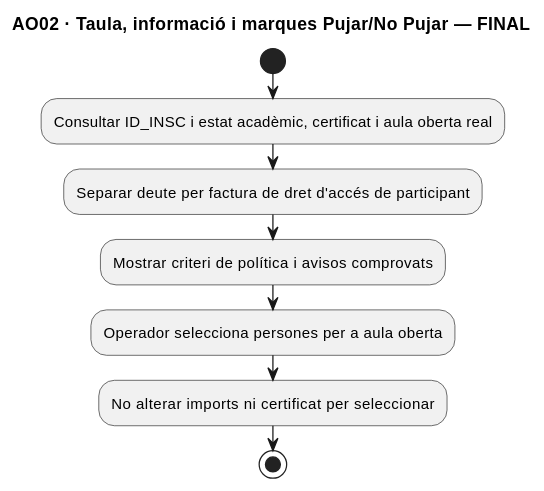
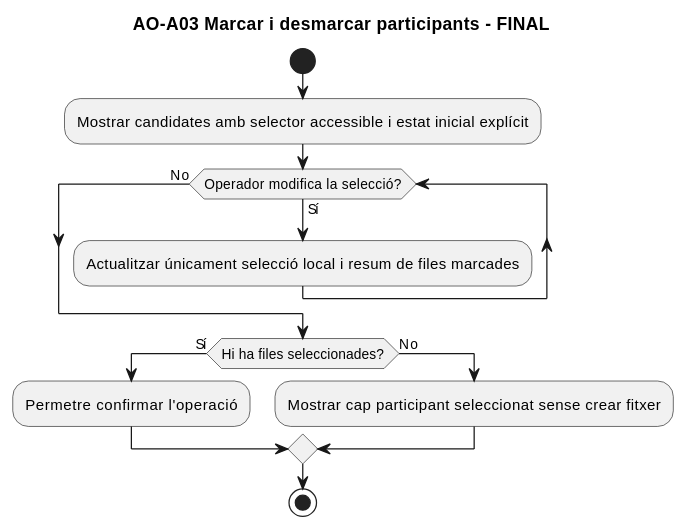
Before and after one commit to orgmeriemprismacat-del/verifactu: the eighth of 20 diagrams in documentacio/07-uml-integrat/uc-moodle-aules-obertes-fitxa-activitats.md, drawn with PlantUML. The commit also changed other lines of this file, not shown here.

Commit message:
docs: complete exact open-class URL with full functional UML, 16 actual/final page and section activity diagrams

````diff
--- a/documentacio/07-uml-integrat/uc-moodle-aules-obertes-fitxa-activitats.md
+++ b/documentacio/07-uml-integrat/uc-moodle-aules-obertes-fitxa-activitats.md
@@ -178,12 +255,16 @@
 ```plantuml
 @startuml
-title AO02 · Taula, informació i marques Pujar/No Pujar — FINAL
+title AO-A03 Marcar i desmarcar participants - FINAL
 start
-:Consultar ID_INSC i estat acadèmic, certificat i aula oberta real;
-:Separar deute per factura de dret d'accés de participant;
-:Mostrar criteri de política i avisos comprovats;
-:Operador selecciona persones per a aula oberta;
-:No alterar imports ni certificat per seleccionar;
+:Mostrar candidates amb selector accessible i estat inicial explícit;
+while (Operador modifica la selecció?) is (Sí)
+ :Actualitzar únicament selecció local i resum de files marcades;
+endwhile (No)
+if (Hi ha files seleccionades?) then (Sí)
+ :Permetre confirmar l'operació;
+else (No)
+ :Mostrar cap participant seleccionat sense crear fitxer;
+endif
 stop
 @enduml
 ```
````
